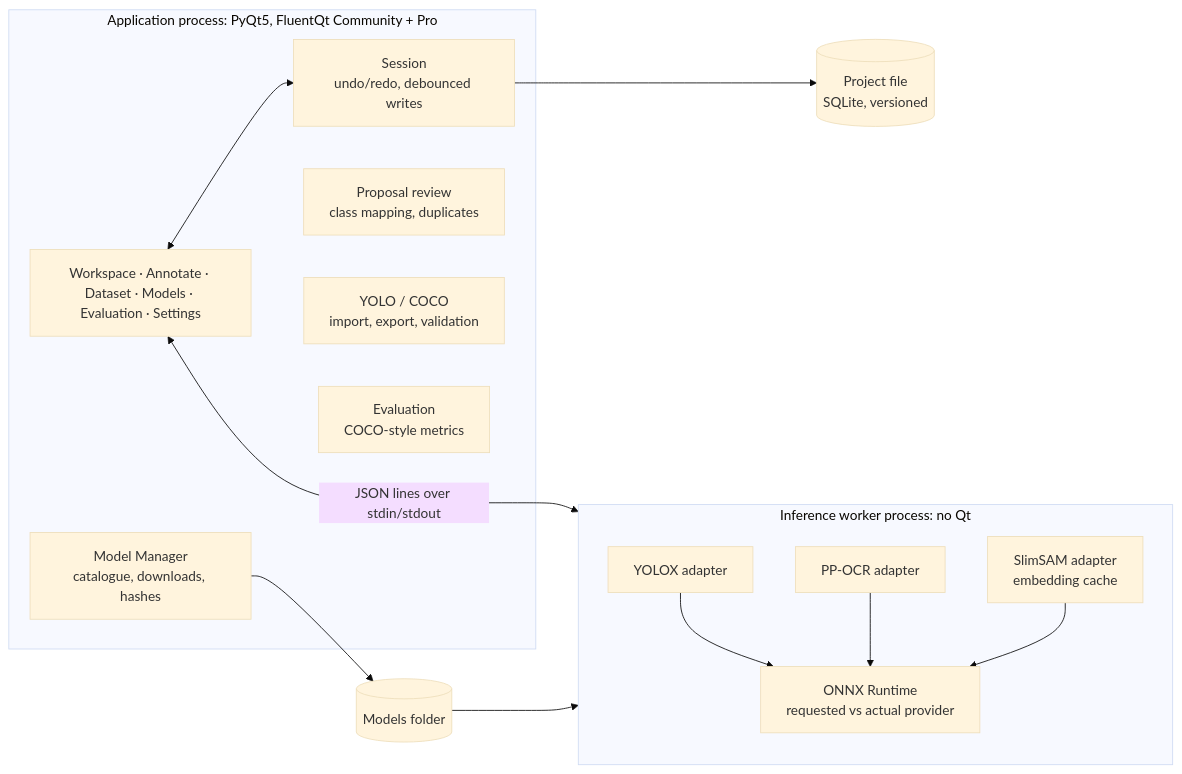
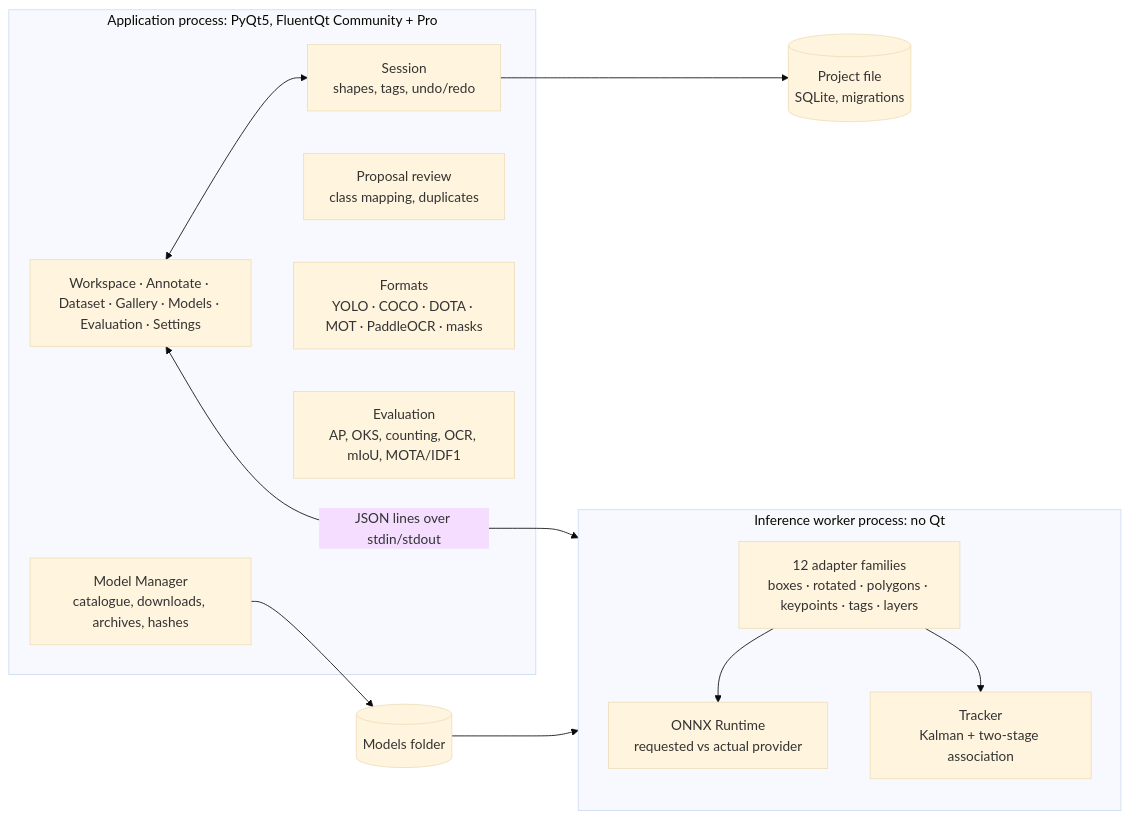
The diagram in README.md (pntrungbk15/annotation-workbench-showcase), drawn with Mermaid (base theme) before and after one commit. The commit also changed other lines of this file and 61 other files, not shown here.

Commit message:
AI Annotation Workbench 0.2: 16 screenshots, model gallery, capability matrix, models and licences, formats, testing

````diff
--- a/README.md
+++ b/README.md
@@ -49,22 +54,22 @@
 ```mermaid
 flowchart LR
     subgraph App["Application process: PyQt5, FluentQt Community + Pro"]
-        UI[Workspace · Annotate · Dataset · Models · Evaluation · Settings]
-        S[Session<br/>undo/redo, debounced writes]
+        UI[Workspace · Annotate · Dataset · Gallery · Models · Evaluation · Settings]
+        S[Session<br/>shapes, tags, undo/redo]
         R[Proposal review<br/>class mapping, duplicates]
-        F[YOLO / COCO<br/>import, export, validation]
-        M[Model Manager<br/>catalogue, downloads, hashes]
-        E[Evaluation<br/>COCO-style metrics]
+        F[Formats<br/>YOLO · COCO · DOTA · MOT · PaddleOCR · masks]
+        M[Model Manager<br/>catalogue, downloads, archives, hashes]
+        E[Evaluation<br/>AP, OKS, counting, OCR, mIoU, MOTA/IDF1]
     end
     subgraph Worker["Inference worker process: no Qt"]
-        A1[YOLOX adapter]
-        A2[PP-OCR adapter]
-        A3[SlimSAM adapter<br/>embedding cache]
+        A[12 adapter families<br/>boxes · rotated · polygons · keypoints · tags · layers]
+        T[Tracker<br/>Kalman + two-stage association]
         RT[ONNX Runtime<br/>requested vs actual provider]
     end
-    P[(Project file<br/>SQLite, versioned)]
+    P[(Project file<br/>SQLite, migrations)]
     UI <--> S --> P
     UI <-- JSON lines over stdin/stdout --> Worker
-    A1 & A2 & A3 --> RT
+    A --> RT
+    A --> T
     M --> W[(Models folder)] --> Worker
 ```
````
